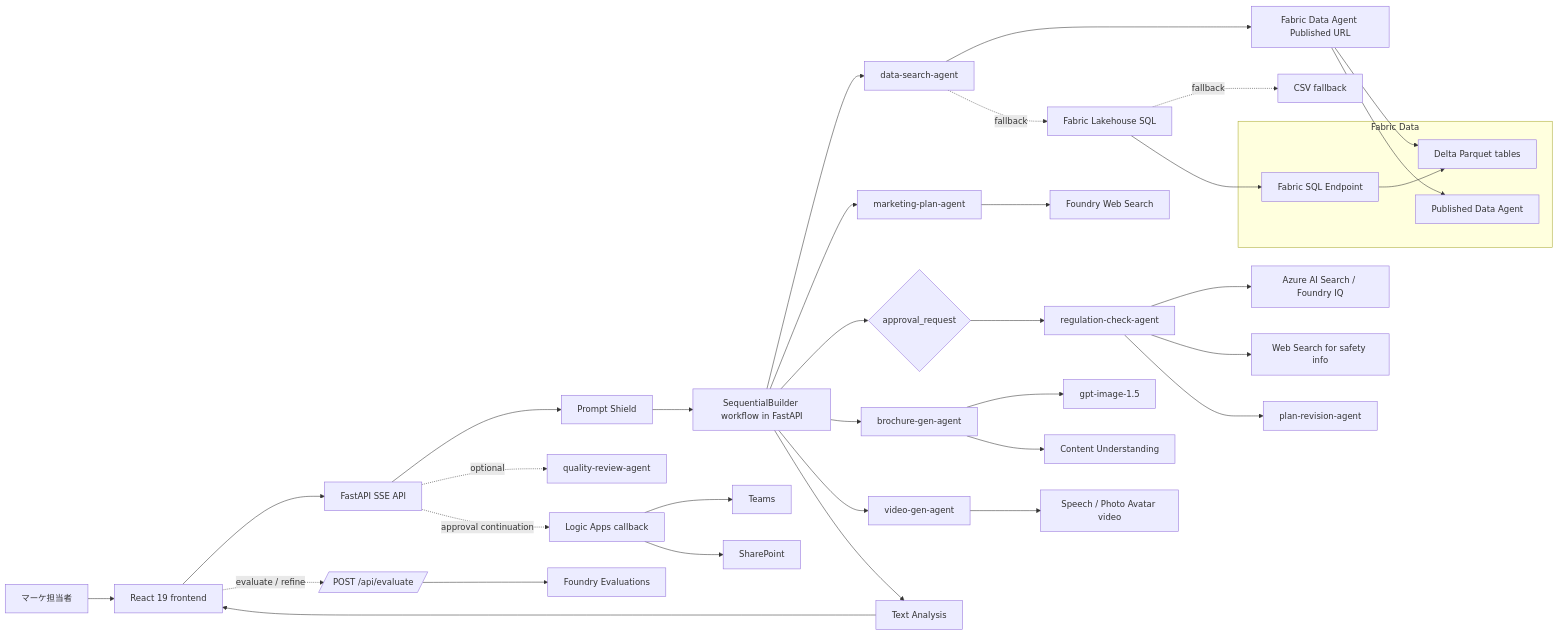
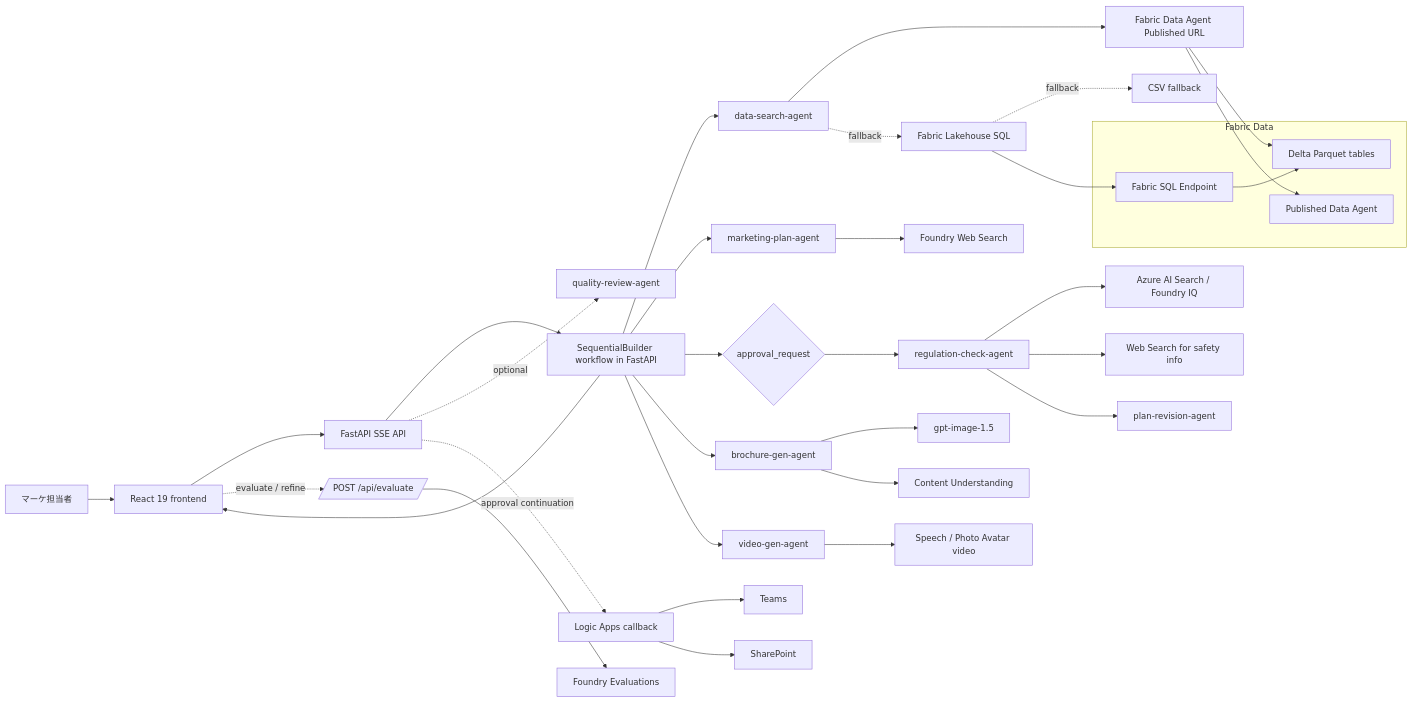
The first of 2 diagrams in docs/azure-architecture.md (naoki1213mj/travel-marketing-ai), drawn with Mermaid before and after one commit. The commit also changed other lines of this file and 46 other files, not shown here.

Commit message:
fix: harden pipeline flows and simplify ai guardrails

````diff
--- a/docs/azure-architecture.md
+++ b/docs/azure-architecture.md
@@ -7,49 +7,46 @@
 ```mermaid
 flowchart LR
     user[マーケ担当者] --> ui[React 19 frontend]
     ui --> api[FastAPI SSE API]
     ui -. evaluate / refine .-> eval[/POST /api/evaluate/]
     eval --> foundryEval[Foundry Evaluations]
-    api --> inputshield[Prompt Shield]
-    inputshield --> flow[SequentialBuilder workflow in FastAPI]
+    api --> flow[SequentialBuilder workflow in FastAPI]
 
     flow --> a1[data-search-agent]
     a1 --> dataAgent[Fabric Data Agent Published URL]
     dataAgent --> fabricDelta[Lakehouse tables]
     a1 -. fallback .-> fabric[Fabric Lakehouse SQL]
     fabric -. fallback .-> csv[CSV fallback]
 
     flow --> a2[marketing-plan-agent]
     a2 --> web[Foundry Web Search]
 
     flow --> approval{approval_request}
     approval --> a3a[regulation-check-agent]
     a3a --> search[Azure AI Search / Foundry IQ]
     a3a --> safetyweb[Web Search for safety info]
 
     a3a --> a3b[plan-revision-agent]
 
     flow --> a4[brochure-gen-agent]
     a4 --> image[gpt-image-1.5]
     a4 --> cu[Content Understanding]
 
     flow --> a5[video-gen-agent]
     a5 --> speech[Speech / Photo Avatar video]
 
-    flow --> outputsafety[Text Analysis]
-
     subgraph fabricLayer[Fabric Data]
         fabricSQL[Fabric SQL Endpoint]
         fabricAgent[Published Data Agent]
         fabricDelta[Delta Parquet tables]
     end
     fabric --> fabricSQL
     dataAgent --> fabricAgent
     fabricSQL --> fabricDelta
-    outputsafety --> ui
+    flow --> ui
 
     api -. optional .-> review[quality-review-agent]
     api -. approval continuation .-> logic[Logic Apps callback]
     logic --> teams[Teams]
     logic --> sharepoint[SharePoint]
 ```
````
